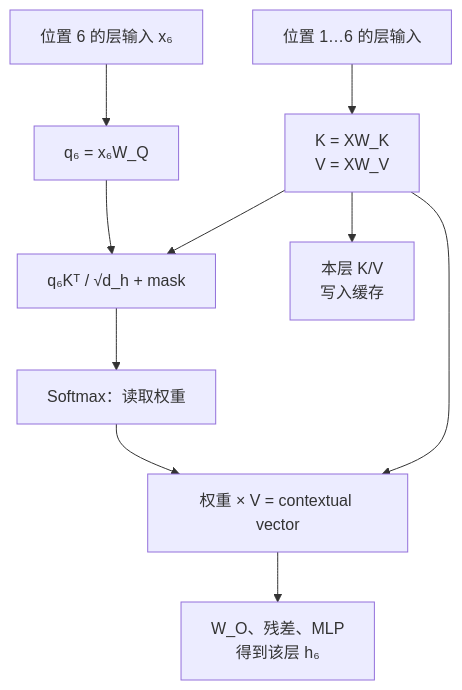
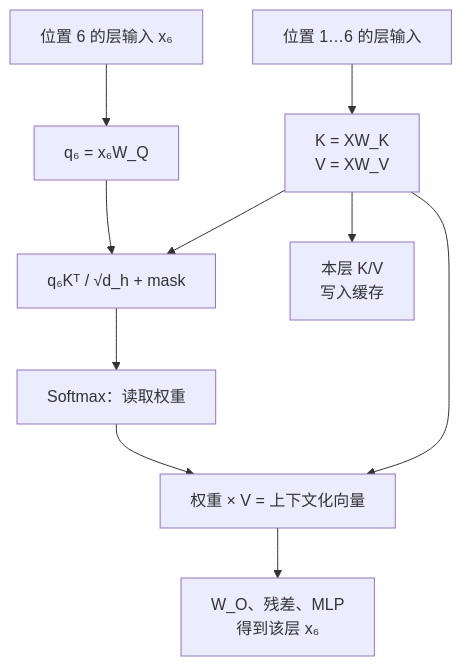
The fourth of 7 diagrams in 03_components/3.8_gpt_inference_flow.md (yeasy/llm_internals), drawn with Mermaid before and after one commit. The commit also changed other lines of this file, not shown here.

````diff
--- a/03_components/3.8_gpt_inference_flow.md
+++ b/03_components/3.8_gpt_inference_flow.md
@@ -126,12 +159,12 @@
 ```mermaid
 flowchart TB
     x["位置 6 的层输入 x₆"] --> q["q₆ = x₆W_Q"]
     all["位置 1…6 的层输入"] --> kv["K = XW_K<br/>V = XW_V"]
     q --> score["q₆Kᵀ / √d_h + mask"]
     kv --> score
     score --> weight["Softmax：读取权重"]
-    weight --> read["权重 × V = contextual vector"]
+    weight --> read["权重 × V = 上下文化向量"]
     kv --> read
-    read --> residual["W_O、残差、MLP<br/>得到该层 h₆"]
+    read --> residual["W_O、残差、MLP<br/>得到该层 x₆"]
     kv --> cache["本层 K/V<br/>写入缓存"]
 ```
````
